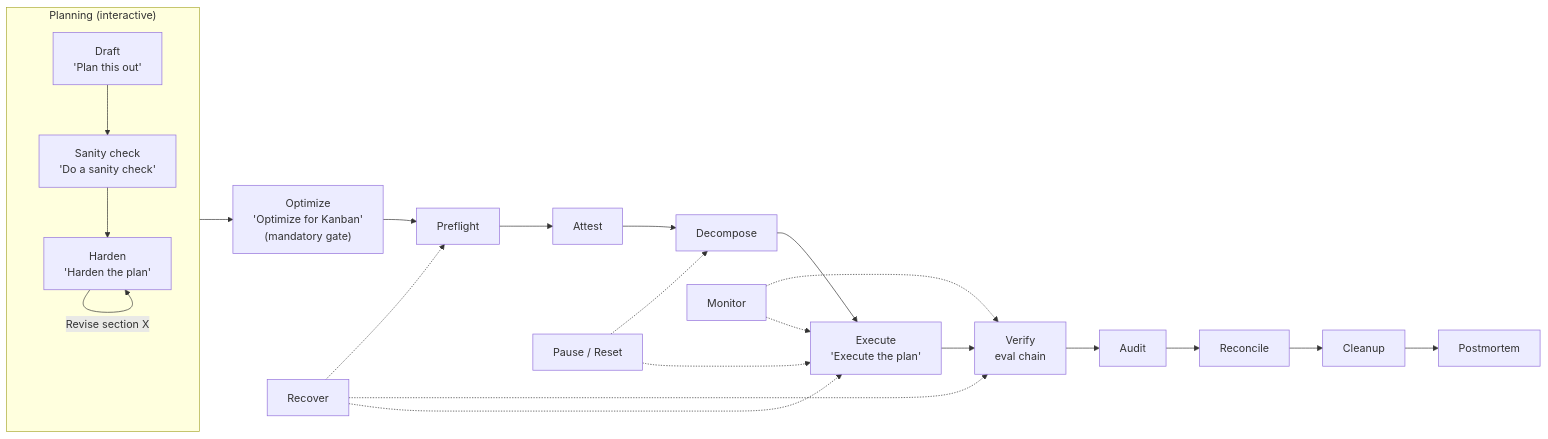
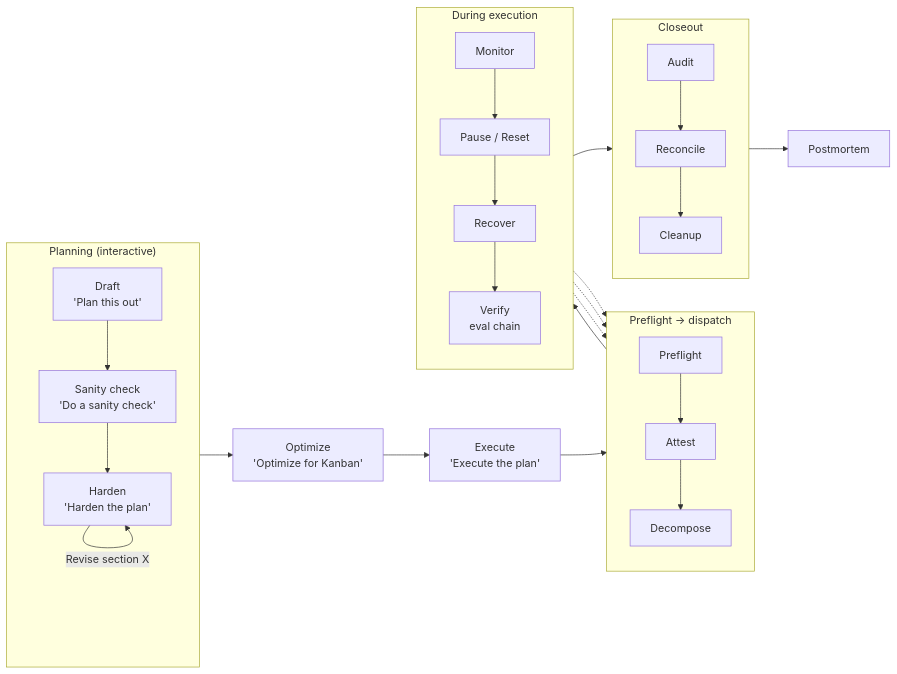
The first of 2 diagrams in docs/reference/architecture.md (thebizfixer/hermes-kanban-advanced-workflow), drawn with Mermaid before and after one commit. The commit also changed other lines of this file and 61 other files, not shown here.

````diff
--- a/docs/reference/architecture.md
+++ b/docs/reference/architecture.md
@@ -5,30 +5,39 @@
 ```mermaid
 flowchart LR
     subgraph PLAN["Planning (interactive)"]
+        direction TB
         DRAFT["Draft<br/>'Plan this out'"] --> SANITY["Sanity check<br/>'Do a sanity check'"]
         SANITY --> HARDEN["Harden<br/>'Harden the plan'"]
         HARDEN -->|"Revise section X"| HARDEN
     end
 
-    PLAN --> OPT["Optimize<br/>'Optimize for Kanban'<br/>(mandatory gate)"]
+    OPT["Optimize<br/>'Optimize for Kanban'"]
 
-    OPT --> PRE["Preflight"]
-    PRE --> ATT["Attest"]
-    ATT --> DEC["Decompose"]
+    EXE["Execute<br/>'Execute the plan'"]
 
-    DEC --> EXE["Execute<br/>'Execute the plan'"]
-    EXE --> VER["Verify<br/>eval chain"]
+    subgraph GATE["Preflight → dispatch"]
+        direction TB
+        PRE["Preflight"] --> ATT["Attest"] --> DEC["Decompose"]
+    end
 
-    VER --> AUD["Audit"]
-    AUD --> REC["Reconcile"]
-    REC --> CLN["Cleanup"]
-    CLN --> PM["Postmortem"]
+    subgraph OPS["During execution"]
+        direction TB
+        MON["Monitor"] --> PAUSE["Pause / Reset"] --> RCV["Recover"] --> VER["Verify<br/>eval chain"]
+    end
 
-    MON["Monitor"] -.-> EXE
-    MON -.-> VER
-    RCV["Recover"] -.-> EXE
-    RCV -.-> VER
-    RCV -.-> PRE
-    PAUSE["Pause / Reset"] -.-> EXE
+    subgraph CLOSE["Closeout"]
+        direction TB
+        AUD["Audit"] --> REC["Reconcile"] --> CLN["Cleanup"]
+    end
+
+    PM["Postmortem"]
+
+    PLAN --> OPT --> EXE --> PRE
+    DEC --> VER
+    VER --> AUD
+    CLN --> PM
+
+    MON -.-> DEC
     PAUSE -.-> DEC
+    RCV -.-> DEC
 ```
````
